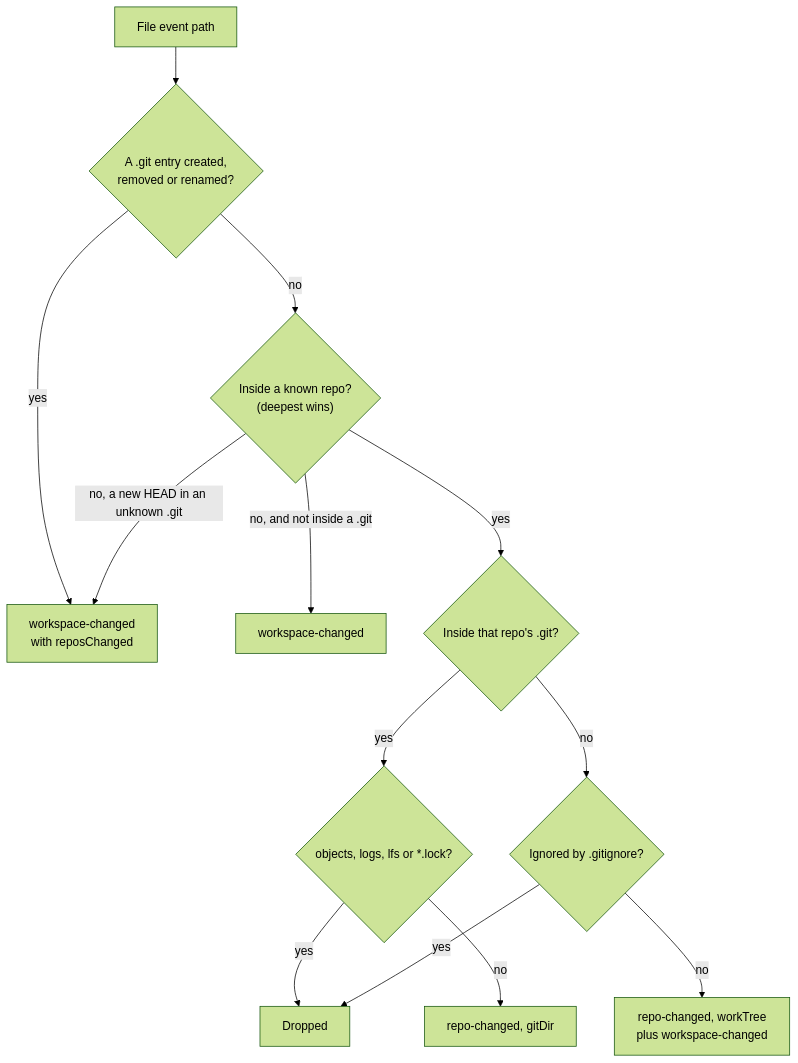
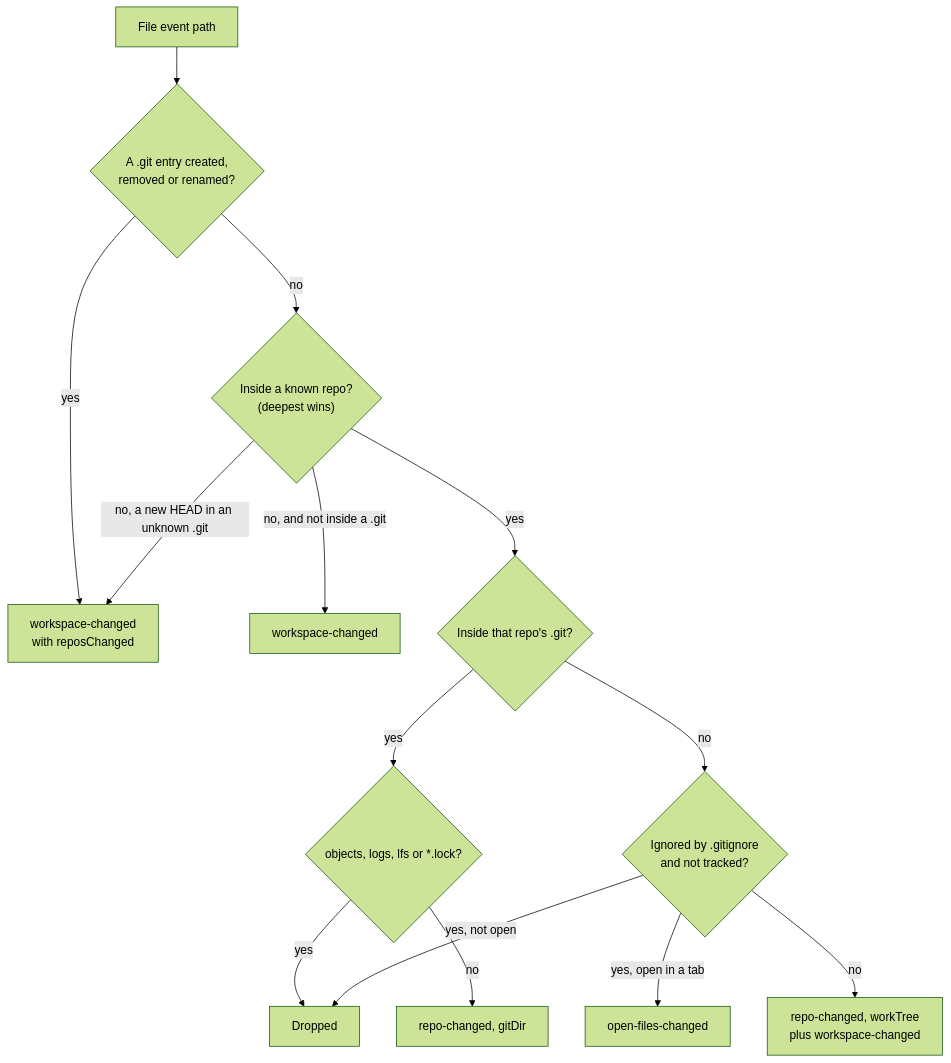
One commit to shibbirweb/git-manager changed the diagram in docs/wiki/developer/How-Folder-Watching-Works.md. Above: the diagram before and after it, drawn with Mermaid (forest theme). The commit also changed other lines of this file and 24 other files, not shown here.

Commit message:
fix:[GM-20] reload open files and diffs when another app changes them, also ignored files

````diff
--- a/docs/wiki/developer/How-Folder-Watching-Works.md
+++ b/docs/wiki/developer/How-Folder-Watching-Works.md
@@ -15,15 +15,16 @@
 ```mermaid
 flowchart TD
   E["File event path"] --> G{"A .git entry created,<br/>removed or renamed?"}
   G -->|yes| WR["workspace-changed<br/>with reposChanged"]
   G -->|no| R{"Inside a known repo?<br/>(deepest wins)"}
   R -->|"no, and not inside a .git"| W["workspace-changed"]
   R -->|"no, a new HEAD in an unknown .git"| WR
   R -->|yes| D{"Inside that repo's .git?"}
   D -->|yes| N{"objects, logs, lfs or *.lock?"}
   N -->|yes| X["Dropped"]
   N -->|no| RG["repo-changed, gitDir"]
-  D -->|no| I{"Ignored by .gitignore?"}
-  I -->|yes| X
+  D -->|no| I{"Ignored by .gitignore<br/>and not tracked?"}
+  I -->|"yes, open in a tab"| OF["open-files-changed"]
+  I -->|"yes, not open"| X
   I -->|no| RW["repo-changed, workTree<br/>plus workspace-changed"]
 ```
````
